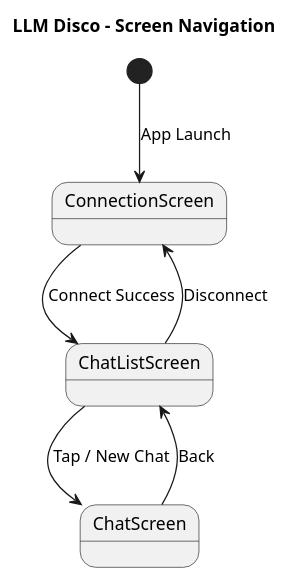
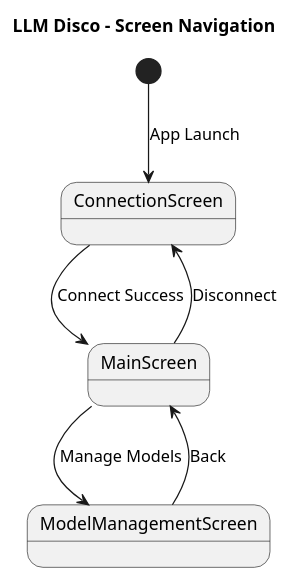
The second of 3 diagrams in uml_diagrams.puml (shamanchikq/llm_disco), drawn with PlantUML before and after one commit. The commit also changed other lines of this file and 7 other files, not shown here.

```diff
--- a/uml_diagrams.puml
+++ b/uml_diagrams.puml
@@ -103,11 +124,11 @@
 @startuml LLM_Disco_Navigation
 title LLM Disco - Screen Navigation
 
 [*] --> ConnectionScreen : App Launch
 
-ConnectionScreen --> ChatListScreen : Connect Success
-ChatListScreen --> ConnectionScreen : Disconnect
-ChatListScreen --> ChatScreen : Tap / New Chat
-ChatScreen --> ChatListScreen : Back
+ConnectionScreen --> MainScreen : Connect Success
+MainScreen --> ConnectionScreen : Disconnect
+MainScreen --> ModelManagementScreen : Manage Models
+ModelManagementScreen --> MainScreen : Back
 
 @enduml
```
